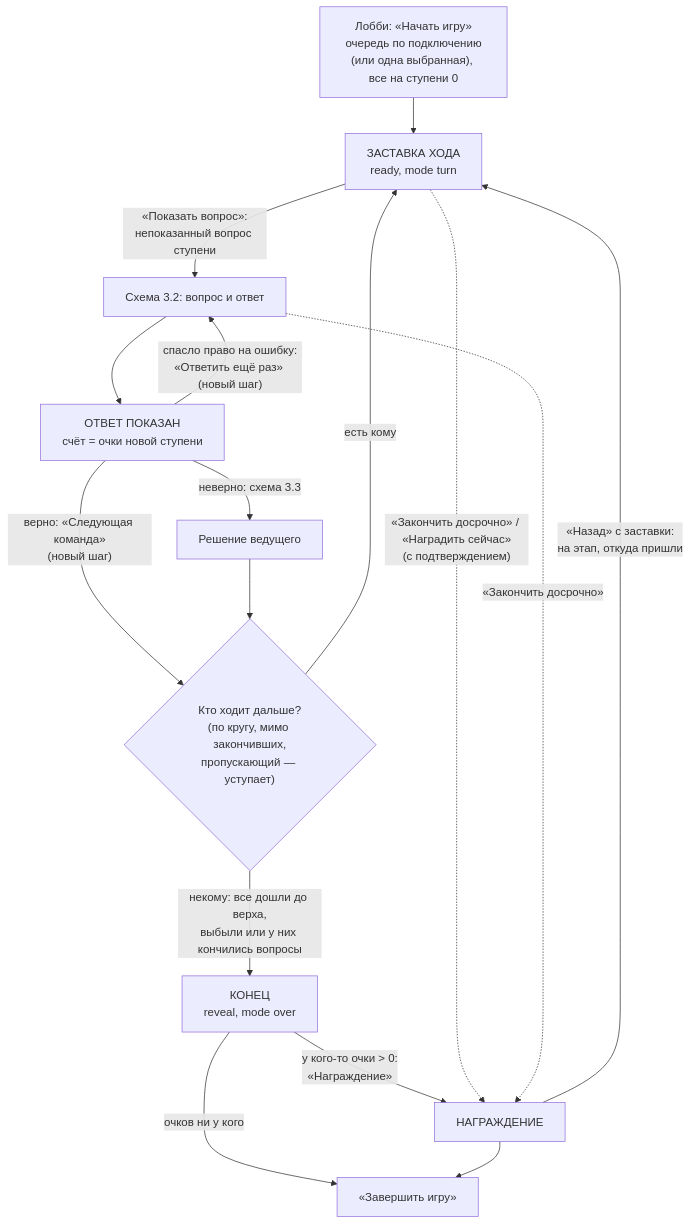
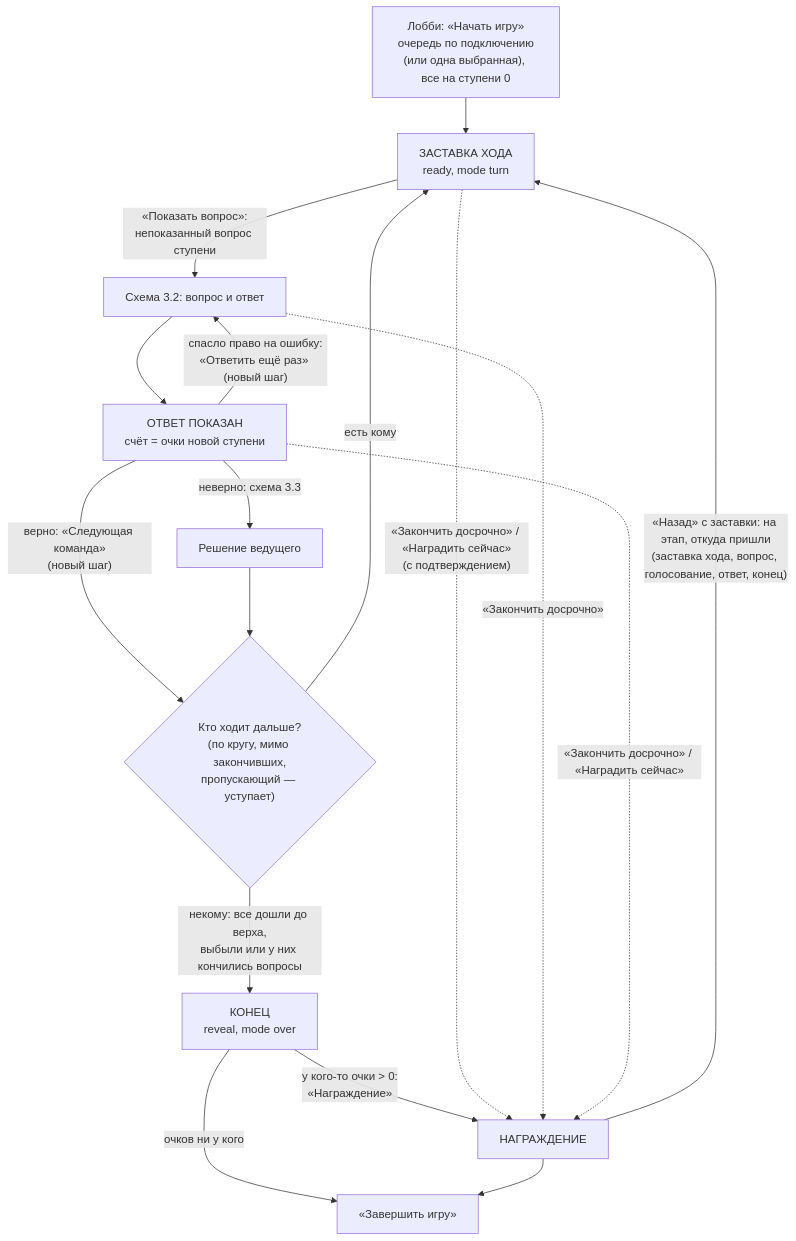
One commit to Joonde/joyrest-games changed the first of 4 diagrams in src/mechanics/millionaire/LOGIC.md. Above: the diagram before and after it, drawn with Mermaid. The commit also changed other lines of this file and 1 other file, not shown here.

````diff
--- a/src/mechanics/millionaire/LOGIC.md
+++ b/src/mechanics/millionaire/LOGIC.md
@@ -79,18 +79,19 @@
 ```mermaid
 flowchart TD
     A["Лобби: «Начать игру»<br/>очередь по подключению<br/>(или одна выбранная), все на ступени 0"] --> B["ЗАСТАВКА ХОДА<br/>ready, mode turn"]
     B -- "«Показать вопрос»:<br/>непоказанный вопрос ступени" --> C["Схема 3.2: вопрос и ответ"]
     C --> R["ОТВЕТ ПОКАЗАН<br/>счёт = очки новой ступени"]
     R -- "верно: «Следующая команда»<br/>(новый шаг)" --> N{"Кто ходит дальше?<br/>(по кругу, мимо закончивших,<br/>пропускающий — уступает)"}
     R -- "неверно: схема 3.3" --> W["Решение ведущего"]
     W --> N
     R -- "спасло право на ошибку:<br/>«Ответить ещё раз» (новый шаг)" --> C
     N -- "есть кому" --> B
     N -- "некому: все дошли до верха,<br/>выбыли или у них кончились вопросы" --> O["КОНЕЦ<br/>reveal, mode over"]
     O -- "у кого-то очки > 0:<br/>«Награждение»" --> P["НАГРАЖДЕНИЕ"]
     O -- "очков ни у кого" --> Z["«Завершить игру»"]
     P --> Z
     B -. "«Закончить досрочно» / «Наградить сейчас»<br/>(с подтверждением)" .-> P
     C -. "«Закончить досрочно»" .-> P
-    P -- "«Назад» с заставки:<br/>на этап, откуда пришли" --> B
+    R -. "«Закончить досрочно» / «Наградить сейчас»" .-> P
+    P -- "«Назад» с заставки: на этап, откуда пришли<br/>(заставка хода, вопрос, голосование, ответ, конец)" --> B
 ```
````
